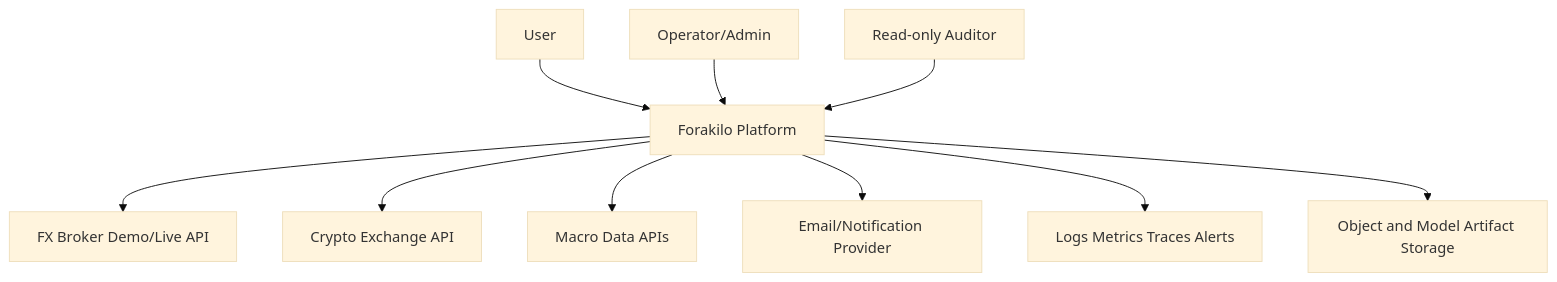
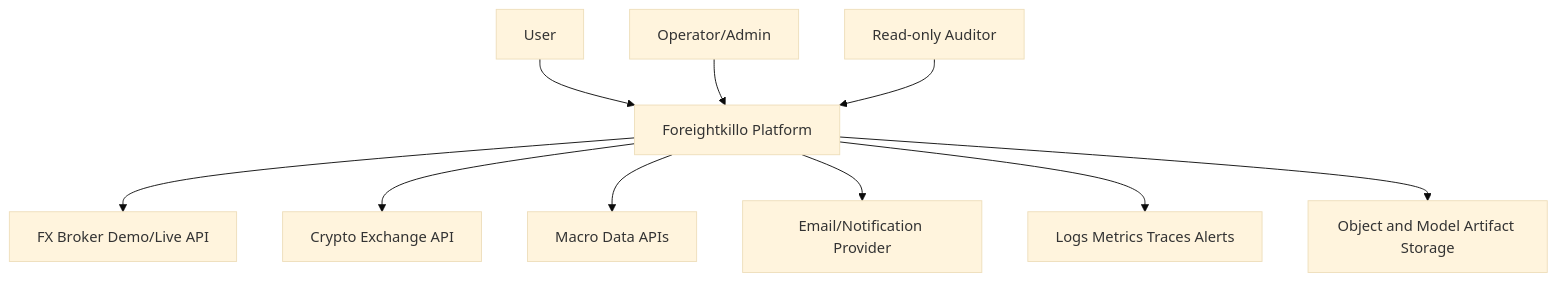
Before and after one commit to 1807-labs/Forakilo: the diagram in docs/architecture/SYSTEM_CONTEXT.md, drawn with Mermaid (base theme). The commit also changed other lines of this file and 192 other files, not shown here.

````diff
--- a/docs/architecture/SYSTEM_CONTEXT.md
+++ b/docs/architecture/SYSTEM_CONTEXT.md
@@ -10,12 +10,12 @@
 ```mermaid
 flowchart TB
-    User[User] --> Forakilo[Forakilo Platform]
-    Admin[Operator/Admin] --> Forakilo
-    Auditor[Read-only Auditor] --> Forakilo
-    Forakilo --> FX[FX Broker Demo/Live API]
-    Forakilo --> Crypto[Crypto Exchange API]
-    Forakilo --> Macro[Macro Data APIs]
-    Forakilo --> Notify[Email/Notification Provider]
-    Forakilo --> Observability[Logs Metrics Traces Alerts]
-    Forakilo --> ObjectStore[Object and Model Artifact Storage]
+    User[User] --> Foreightkillo[Foreightkillo Platform]
+    Admin[Operator/Admin] --> Foreightkillo
+    Auditor[Read-only Auditor] --> Foreightkillo
+    Foreightkillo --> FX[FX Broker Demo/Live API]
+    Foreightkillo --> Crypto[Crypto Exchange API]
+    Foreightkillo --> Macro[Macro Data APIs]
+    Foreightkillo --> Notify[Email/Notification Provider]
+    Foreightkillo --> Observability[Logs Metrics Traces Alerts]
+    Foreightkillo --> ObjectStore[Object and Model Artifact Storage]
 ```
````
